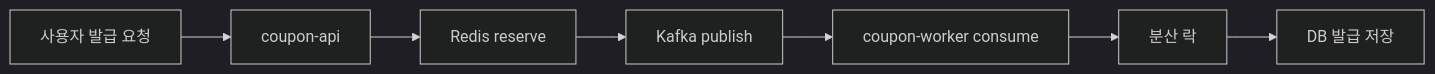
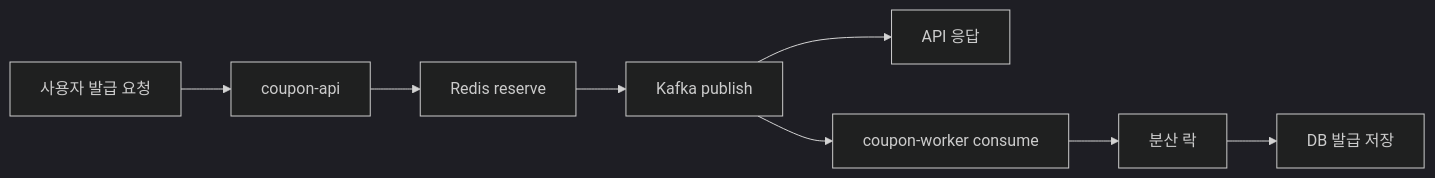
One commit to char-yb/ybchar.dev changed the first of 3 diagrams in content/tech-blog/20260421_coupon_system_k6_load_test.mdx. Above: the diagram before and after it, drawn with Mermaid (dark theme). The commit also changed other lines of this file, not shown here.

Commit message:
[Fix] Compact coupon system k6 load test content

````diff
--- a/content/tech-blog/20260421_coupon_system_k6_load_test.mdx
+++ b/content/tech-blog/20260421_coupon_system_k6_load_test.mdx
@@ -34,9 +36,10 @@
 ```mermaid
 flowchart LR
     A["사용자 발급 요청"] --> B["coupon-api"]
     B --> C["Redis reserve"]
     C --> D["Kafka publish"]
-    D --> E["coupon-worker consume"]
-    E --> F["분산 락"]
-    F --> G["DB 발급 저장"]
+    D --> E["API 응답"]
+    D --> F["coupon-worker consume"]
+    F --> G["분산 락"]
+    G --> H["DB 발급 저장"]
 ```
````
